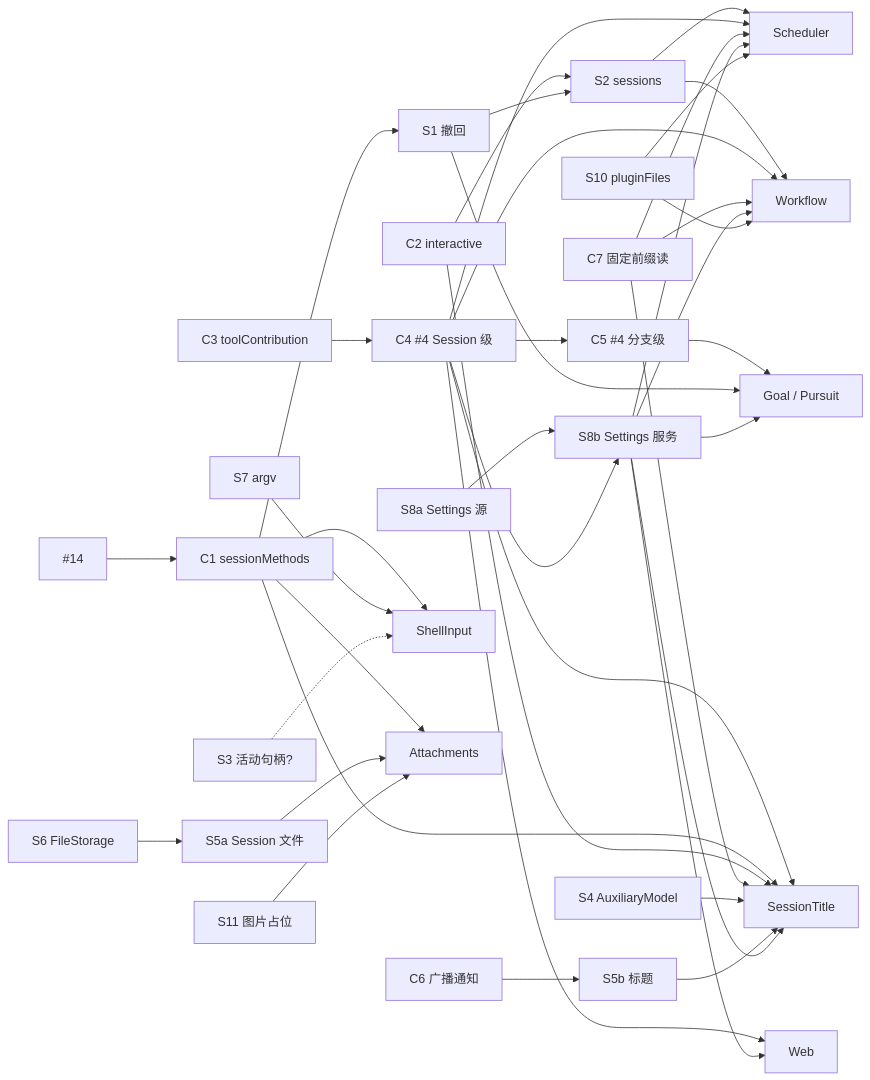
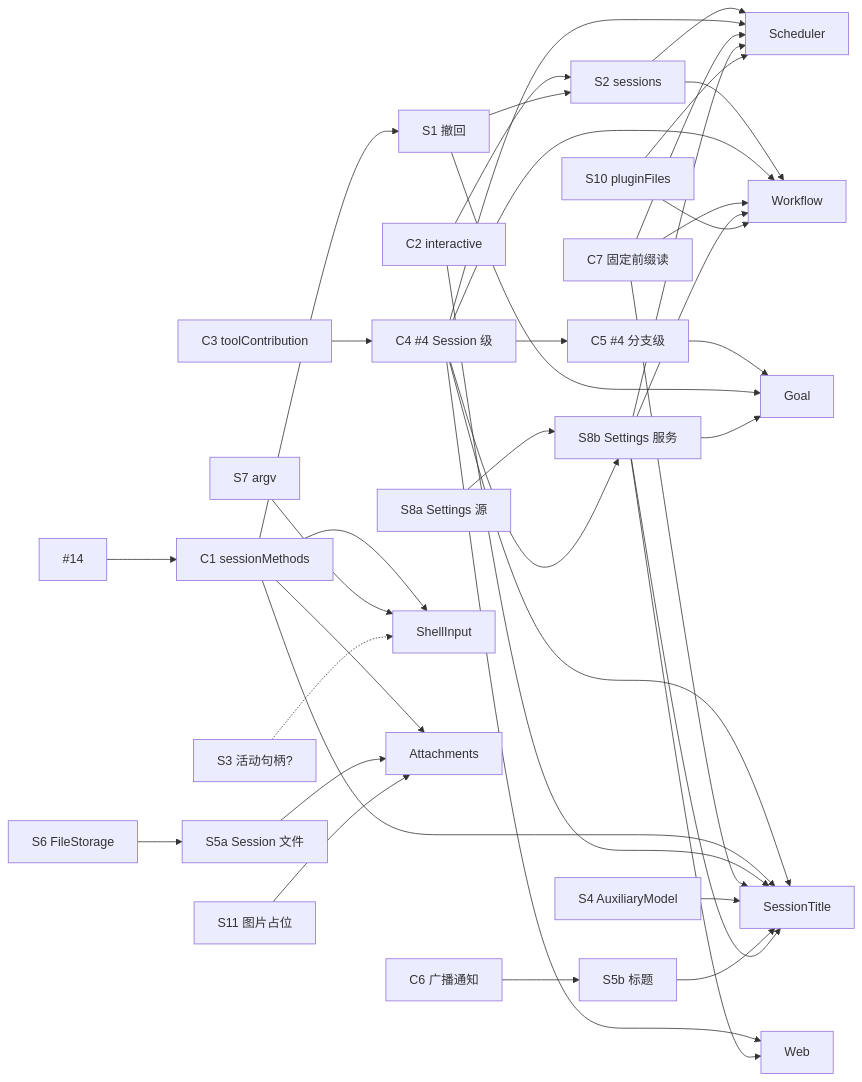
Before and after one commit to CoutinhoTTS/dim-agent: the diagram in docs/design/roadmap.md, drawn with Mermaid. The commit also changed other lines of this file and 19 other files, not shown here.

````diff
--- a/docs/design/roadmap.md
+++ b/docs/design/roadmap.md
@@ -155,41 +155,41 @@
 ```mermaid
 flowchart LR
   PR14["#14"] --> C1["C1 sessionMethods"]
   C3["C3 toolContribution"] --> C4["C4 #4 Session 级"] --> C5["C5 #4 分支级"]
   C1 --> S1["S1 撤回"]
   C2["C2 interactive"] --> S2["S2 sessions"]
   S1 --> S2
   C6["C6 广播通知"] --> S5b["S5b 标题"]
   S6["S6 FileStorage"] --> S5a["S5a Session 文件"]
 
   C1 --> SH["ShellInput"]
   S7["S7 argv"] --> SH
   S3["S3 活动句柄?"] -.-> SH
   C1 --> AT["Attachments"]
   S5a --> AT
   S11["S11 图片占位"] --> AT
   C4 --> WEB["Web"]
-  S8a["S8a Settings 源"] --> S8["S8b Settings 服务"]
-  C4 --> S8
-  S8 --> WEB
+  S8a["S8a Settings 源"] --> S8b["S8b Settings 服务"]
+  C4 --> S8b
+  S8b --> WEB
   C4 --> ST["SessionTitle"]
   C1 --> ST
   C2 --> ST
   C7["C7 固定前缀读"] --> ST
   S4["S4 AuxiliaryModel"] --> ST
   S5b --> ST
-  S8 --> ST
-  C5 --> GO["Goal / Pursuit"]
+  S8b --> ST
+  C5 --> GO["Goal"]
   S1 --> GO
-  S8 --> GO
+  S8b --> GO
   S2 --> SC["Scheduler"]
   S2 --> WF["Workflow"]
   C4 --> SC
   C4 --> WF
   C7 --> SC
   C7 --> WF
-  S8 --> SC
-  S8 --> WF
+  S8b --> SC
+  S8b --> WF
   S10["S10 pluginFiles"] --> SC
   S10 --> WF
 ```
````
